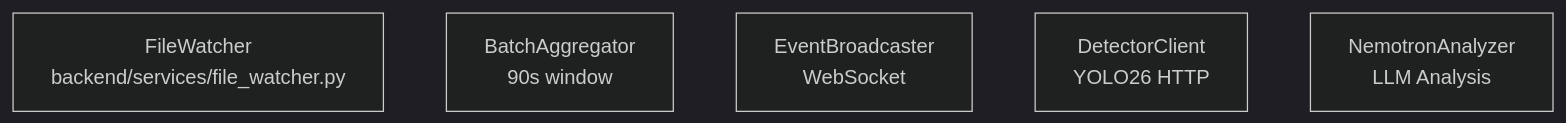
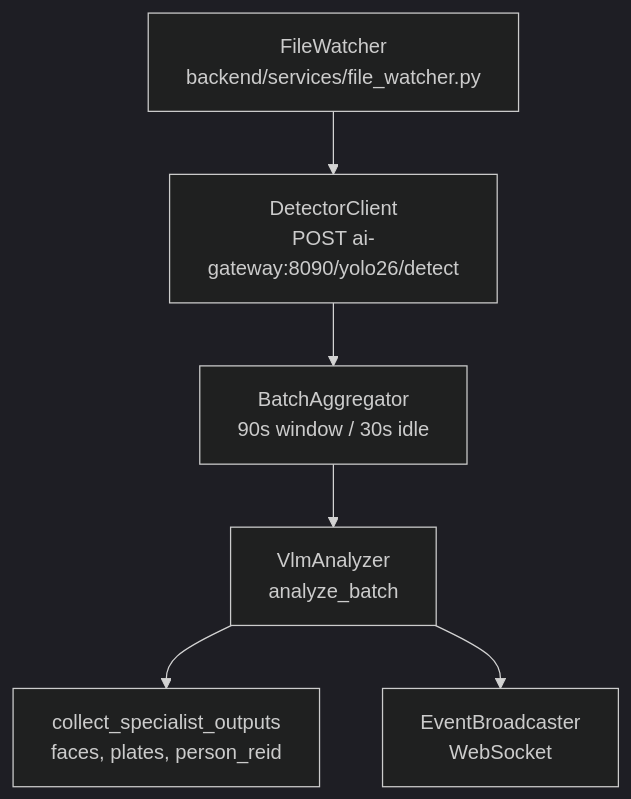
One commit to mikesvoboda/nemotron-v3-home-security-intelligence changed the fourth of 9 diagrams in docs/diagrams/README.md. Above: the diagram before and after it, drawn with Mermaid. The commit also changed other lines of this file and 231 other files, not shown here.

````diff
--- a/docs/diagrams/README.md
+++ b/docs/diagrams/README.md
@@ -87,9 +91,14 @@
 ```mermaid
 %%{init: {'theme': 'dark'}}%%
 flowchart TB
     FW[FileWatcher<br/>backend/services/file_watcher.py]
-    BA[BatchAggregator<br/>90s window]
+    DC[DetectorClient<br/>POST ai-gateway:8090/yolo26/detect]
+    BA[BatchAggregator<br/>90s window / 30s idle]
+    VA[VlmAnalyzer<br/>analyze_batch]
+    SP[collect_specialist_outputs<br/>faces, plates, person_reid]
     EB[EventBroadcaster<br/>WebSocket]
-    DC[DetectorClient<br/>YOLO26 HTTP]
-    NA[NemotronAnalyzer<br/>LLM Analysis]
+
+    FW --> DC --> BA --> VA
+    VA --> SP
+    VA --> EB
 ```
````
